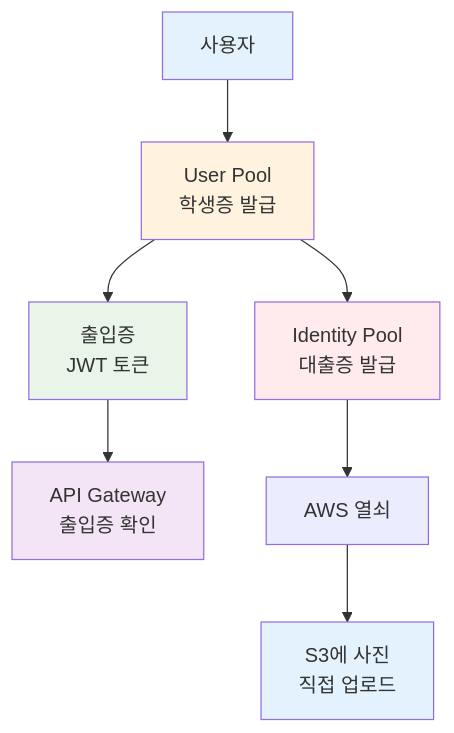
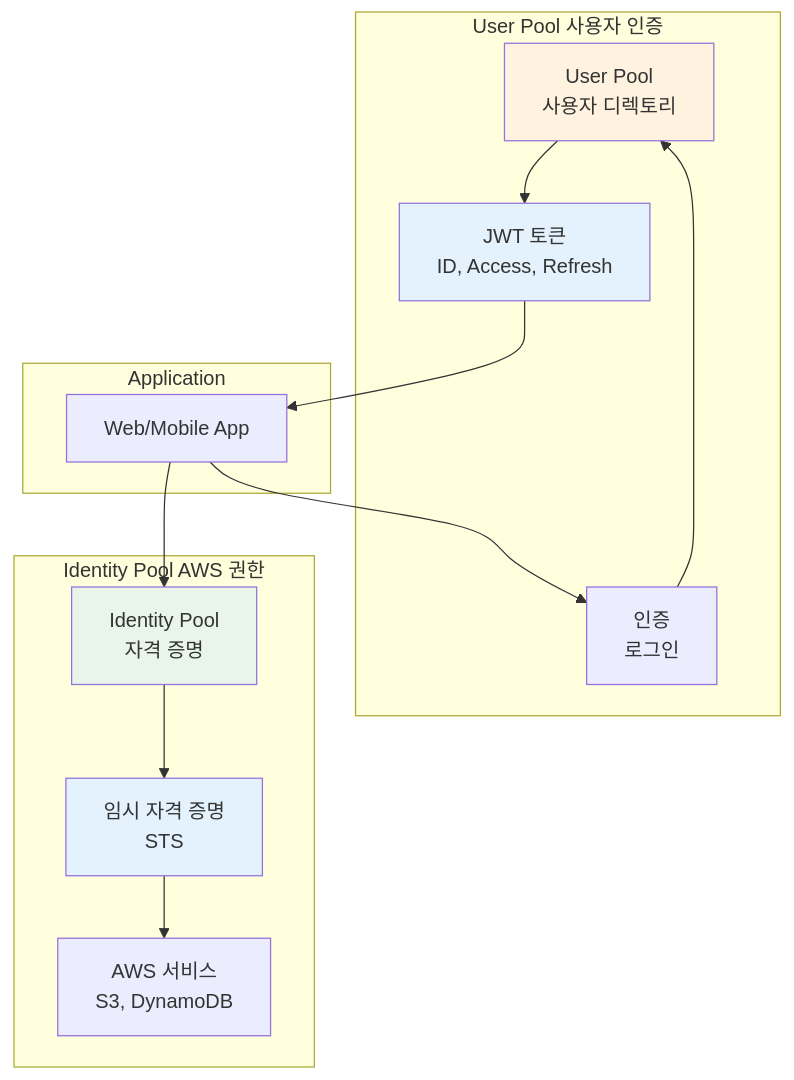
The first of 2 diagrams in theory/november/week_02/day2/session_2.md (niceguy61/kdt_devops_lecture_2025), drawn with Mermaid before and after one commit. The commit also changed other lines of this file and 4 other files, not shown here.

````diff
--- a/theory/november/week_02/day2/session_2.md
+++ b/theory/november/week_02/day2/session_2.md
@@ -184,17 +47,32 @@
 ```mermaid
 graph TB
-    User[사용자] --> UP[User Pool<br/>학생증 발급]
-    UP --> JWT[출입증<br/>JWT 토큰]
-    JWT --> APIGW[API Gateway<br/>출입증 확인]
+    subgraph "User Pool 사용자 인증"
+        UP[User Pool<br/>사용자 디렉토리]
+        AUTH[인증<br/>로그인]
+        TOKEN[JWT 토큰<br/>ID, Access, Refresh]
+    end
     
-    UP --> IP[Identity Pool<br/>대출증 발급]
-    IP --> Key[AWS 열쇠]
-    Key --> S3[S3에 사진<br/>직접 업로드]
+    subgraph "Identity Pool AWS 권한"
+        IP[Identity Pool<br/>자격 증명]
+        CRED[임시 자격 증명<br/>STS]
+        AWS[AWS 서비스<br/>S3, DynamoDB]
+    end
     
-    style User fill:#e3f2fd
+    subgraph "Application"
+        APP[Web/Mobile App]
+    end
+    
+    APP --> AUTH
+    AUTH --> UP
+    UP --> TOKEN
+    TOKEN --> APP
+    
+    APP --> IP
+    IP --> CRED
+    CRED --> AWS
+    
     style UP fill:#fff3e0
-    style JWT fill:#e8f5e8
-    style APIGW fill:#f3e5f5
-    style IP fill:#ffebee
-    style S3 fill:#e3f2fd
+    style IP fill:#e8f5e8
+    style TOKEN fill:#e3f2fd
+    style CRED fill:#e3f2fd
 ```
````
